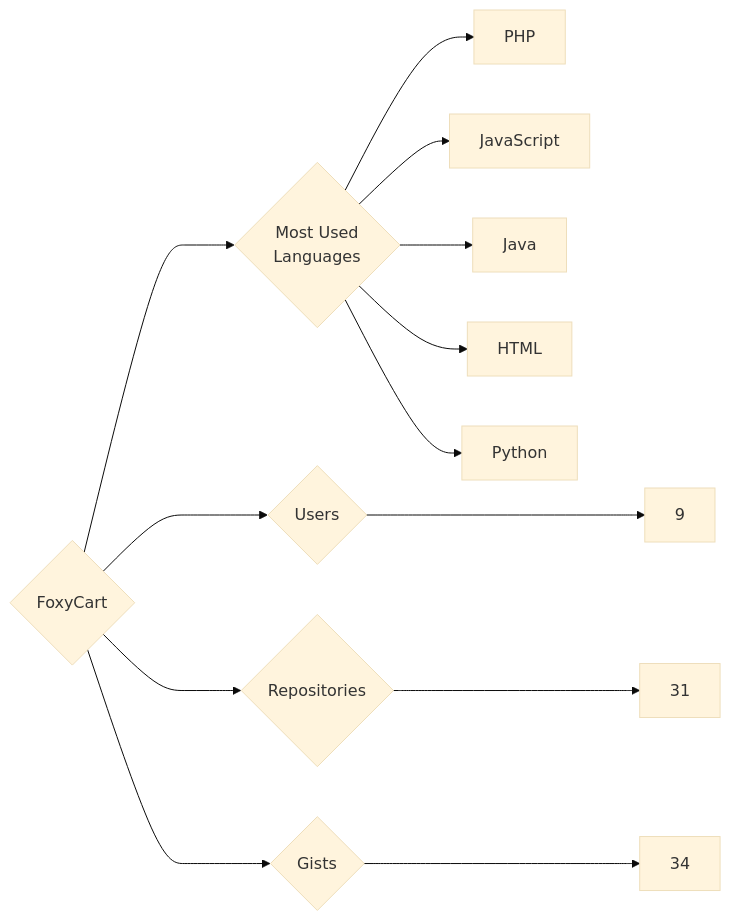
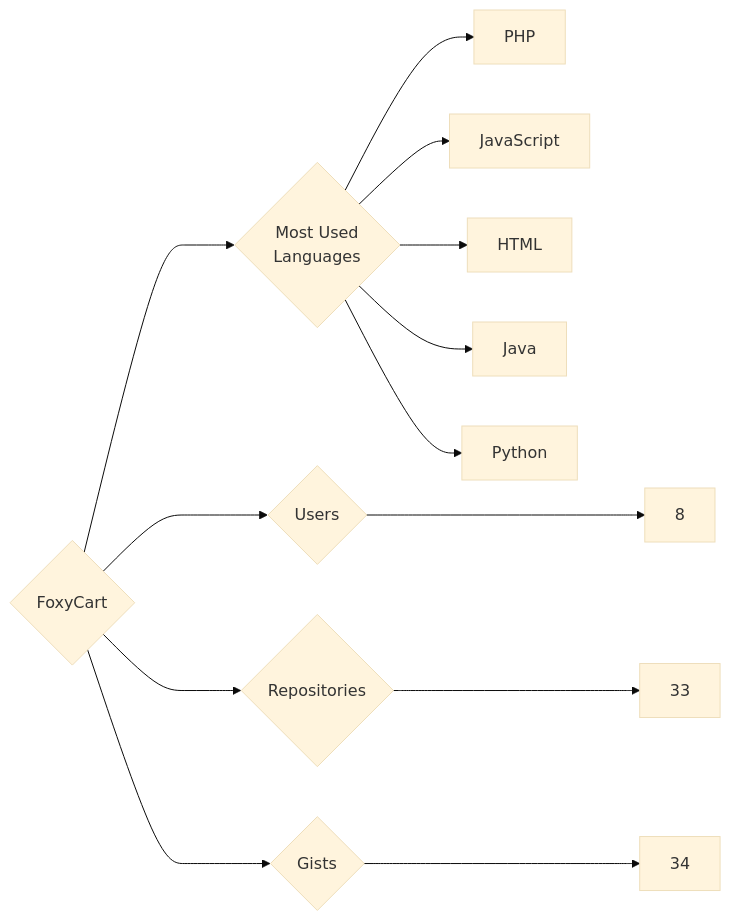
One commit to trickest/insiders changed the diagram in targets/FoxyCart/README.md. Above: the diagram before and after it, drawn with Mermaid (base theme). The commit also changed 998 other files, not shown here.

````diff
--- a/targets/FoxyCart/README.md
+++ b/targets/FoxyCart/README.md
@@ -3,13 +3,13 @@
 ```mermaid
 graph LR
 COMPANY_NAME{FoxyCart}
-COMPANY_NAME ---> U{Users} ---> UN[9]
-COMPANY_NAME ---> R{Repositories} ---> RN[31]
+COMPANY_NAME ---> U{Users} ---> UN[8]
+COMPANY_NAME ---> R{Repositories} ---> RN[33]
 COMPANY_NAME ---> G{Gists} ---> GN[34]
 COMPANY_NAME ---> ML{Most Used<br>Languages}
 ML --> PHP[PHP]
 ML --> JavaScript[JavaScript]
+ML --> HTML[HTML]
 ML --> Java[Java]
-ML --> HTML[HTML]
 ML --> Python[Python]
 ```
````
